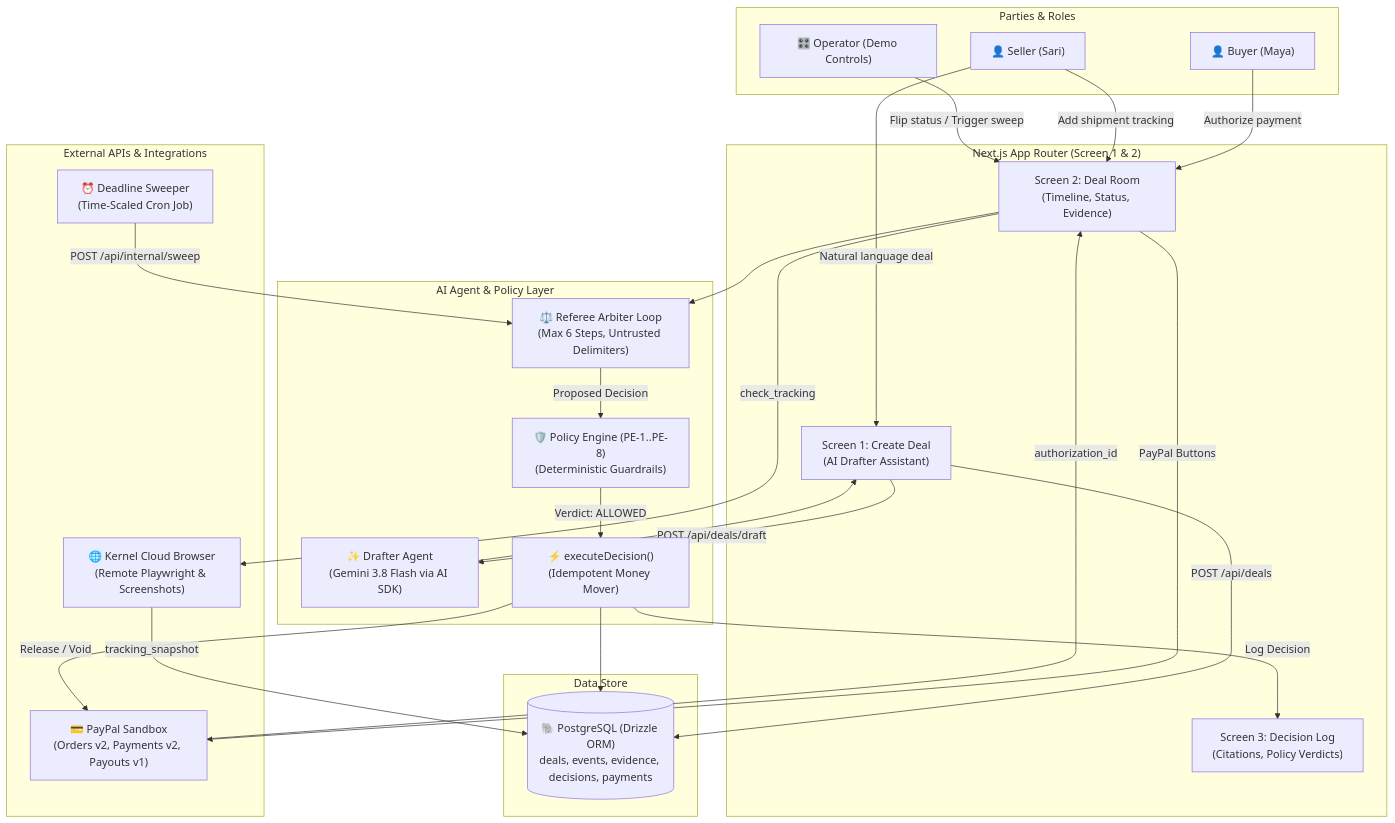
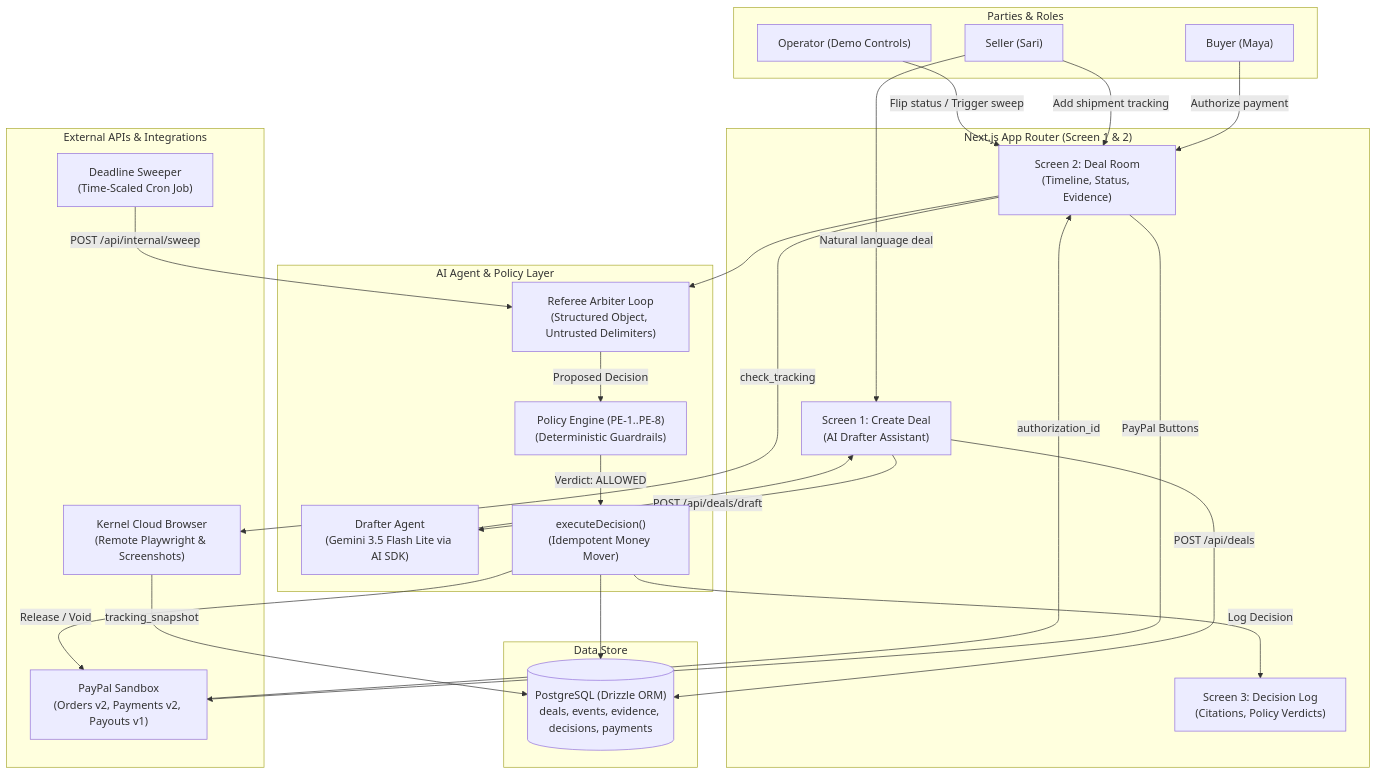
One commit to daffaadz/referee-pay changed the diagram in README.md. Above: the diagram before and after it, drawn with Mermaid. The commit also changed other lines of this file and 14 other files, not shown here.

````diff
--- a/README.md
+++ b/README.md
@@ -28,54 +28,54 @@
 ```mermaid
 flowchart TD
     subgraph Users ["Parties & Roles"]
-        Seller["👤 Seller (Sari)"]
-        Buyer["👤 Buyer (Maya)"]
-        Operator["🎛️ Operator (Demo Controls)"]
+        Seller["Seller (Sari)"]
+        Buyer["Buyer (Maya)"]
+        Operator["Operator (Demo Controls)"]
     end
 
     subgraph Frontend ["Next.js App Router (Screen 1 & 2)"]
         Screen1["Screen 1: Create Deal<br/>(AI Drafter Assistant)"]
         Screen2["Screen 2: Deal Room<br/>(Timeline, Status, Evidence)"]
         Screen3["Screen 3: Decision Log<br/>(Citations, Policy Verdicts)"]
     end
 
     subgraph AgentLayer ["AI Agent & Policy Layer"]
-        Drafter["✨ Drafter Agent<br/>(Gemini 3.8 Flash via AI SDK)"]
-        Referee["⚖️ Referee Arbiter Loop<br/>(Max 6 Steps, Untrusted Delimiters)"]
-        PolicyEngine["🛡️ Policy Engine (PE-1..PE-8)<br/>(Deterministic Guardrails)"]
-        Executor["⚡ executeDecision()<br/>(Idempotent Money Mover)"]
+        Drafter["Drafter Agent<br/>(Gemini 3.5 Flash Lite via AI SDK)"]
+        Referee["Referee Arbiter Loop<br/>(Structured Object, Untrusted Delimiters)"]
+        PolicyEngine["Policy Engine (PE-1..PE-8)<br/>(Deterministic Guardrails)"]
+        Executor["executeDecision()<br/>(Idempotent Money Mover)"]
     end
 
     subgraph Integrations ["External APIs & Integrations"]
-        PayPal["💳 PayPal Sandbox<br/>(Orders v2, Payments v2, Payouts v1)"]
-        Kernel["🌐 Kernel Cloud Browser<br/>(Remote Playwright & Screenshots)"]
-        Sweeper["⏰ Deadline Sweeper<br/>(Time-Scaled Cron Job)"]
+        PayPal["PayPal Sandbox<br/>(Orders v2, Payments v2, Payouts v1)"]
+        Kernel["Kernel Cloud Browser<br/>(Remote Playwright & Screenshots)"]
+        Sweeper["Deadline Sweeper<br/>(Time-Scaled Cron Job)"]
     end
 
     subgraph Database ["Data Store"]
-        Postgres[("🐘 PostgreSQL (Drizzle ORM)<br/>deals, events, evidence, decisions, payments")]
+        Postgres[("PostgreSQL (Drizzle ORM)<br/>deals, events, evidence, decisions, payments")]
     end
 
     Seller -->|Natural language deal| Screen1
     Screen1 -->|POST /api/deals/draft| Drafter
     Drafter --> Screen1
     Screen1 -->|POST /api/deals| Postgres
 
     Buyer -->|Authorize payment| Screen2
     Screen2 -->|PayPal Buttons| PayPal
     PayPal -->|authorization_id| Screen2
 
     Seller -->|Add shipment tracking| Screen2
     Screen2 -->|check_tracking| Kernel
     Kernel -->|tracking_snapshot| Postgres
 
     Sweeper -->|POST /api/internal/sweep| Referee
     Operator -->|Flip status / Trigger sweep| Screen2
     Screen2 --> Referee
 
     Referee -->|Proposed Decision| PolicyEngine
     PolicyEngine -->|Verdict: ALLOWED| Executor
     Executor -->|Release / Void| PayPal
     Executor -->|Log Decision| Screen3
     Executor --> Postgres
 ```
````
